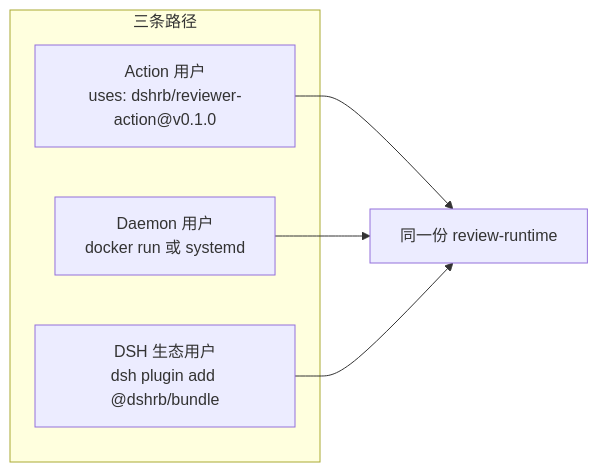
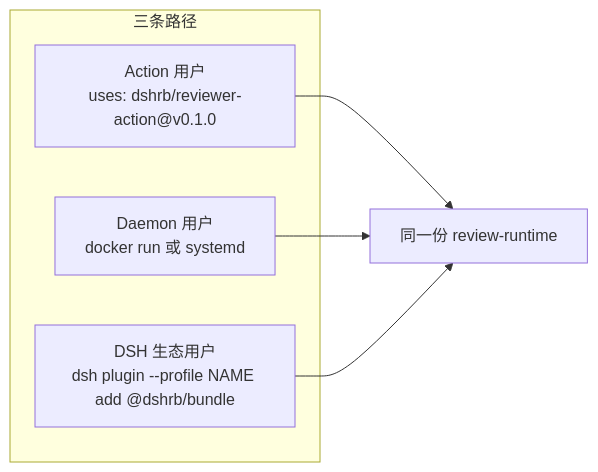
The fourth of 5 diagrams in docs/05-plugin-composition.md (chaojixinren/dsh-reviewer-bot), drawn with Mermaid before and after one commit. The commit also changed other lines of this file and 9 other files, not shown here.

First line of the commit message:
docs: 同步 npm 发布状态，修正 dsh plugin --profile 必填语法

````diff
--- a/docs/05-plugin-composition.md
+++ b/docs/05-plugin-composition.md
@@ -135,9 +135,9 @@
 ```mermaid
 flowchart LR
     subgraph 三条路径
         A["Action 用户<br/>uses: dshrb/reviewer-action@v0.1.0"]
         B["Daemon 用户<br/>docker run 或 systemd"]
-        C["DSH 生态用户<br/>dsh plugin add @dshrb/bundle"]
+        C["DSH 生态用户<br/>dsh plugin --profile NAME add @dshrb/bundle"]
     end
     A & B & C --> SAME["同一份 review-runtime"]
 ```
````
